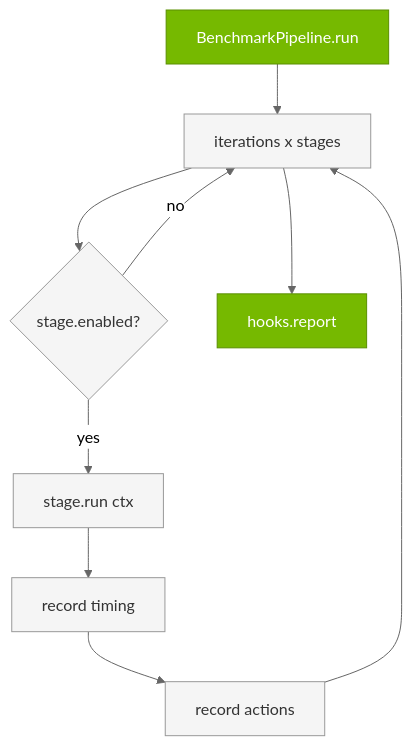
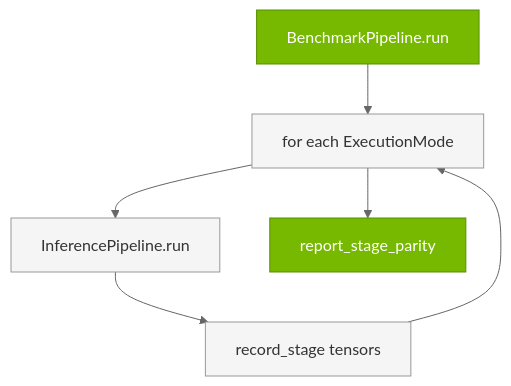
The diagram in docs/source/developer_guide/architecture/benchmark-pipeline.rst (micwill755/TRT-VLA-Lowering), drawn with Mermaid before and after one commit. The commit also changed other lines of this file and 98 other files, not shown here.

```diff
--- a/docs/source/developer_guide/architecture/benchmark-pipeline.rst
+++ b/docs/source/developer_guide/architecture/benchmark-pipeline.rst
@@ -11,23 +13,18 @@
 .. mermaid::
 
    %%{init: {'theme':'neutral', 'themeVariables': {'primaryColor':'#76B900','primaryTextColor':'#fff','primaryBorderColor':'#5a8f00','lineColor':'#666','edgeLabelBackground':'#ffffff','labelTextColor':'#000','clusterBkg':'#ffffff','clusterBorder':'#999'}}}%%
    graph TB
        START[BenchmarkPipeline.run]
-       LOOP[iterations x stages]
-       ENABLED{stage.enabled?}
-       RUN[stage.run ctx]
-       TIME[record timing]
-       ACT[record actions]
-       REPORT[hooks.report]
+       LOOP[for each ExecutionMode]
+       INF[InferencePipeline.run]
+       SNAP[record_stage tensors]
+       PARITY[report_stage_parity]
 
-       START --> LOOP --> ENABLED
-       ENABLED -->|yes| RUN --> TIME --> ACT
-       ENABLED -->|no| LOOP
-       ACT --> LOOP
-       LOOP --> REPORT
+       START --> LOOP --> INF --> SNAP --> LOOP
+       LOOP --> PARITY
 
        classDef nvNode fill:#76B900,stroke:#5a8f00,stroke-width:1px,color:#fff
        classDef greyNode fill:#f5f5f5,stroke:#999,stroke-width:1px,color:#333
 
-       class START,REPORT nvNode
-       class LOOP,ENABLED,RUN,TIME,ACT greyNode
+       class START,PARITY nvNode
+       class LOOP,INF,SNAP greyNode
```
